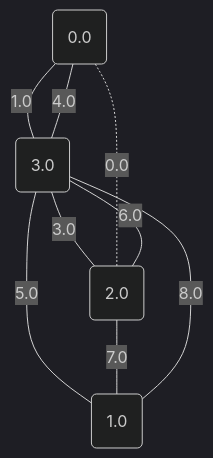
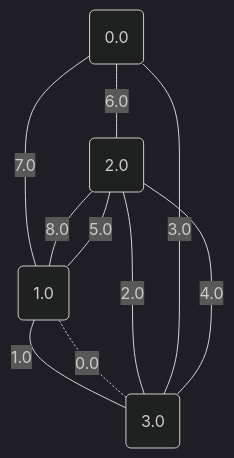
Diagram 14 of 17 in project/src/testing/minCutPetersen.md (metury/graphs), drawn with Mermaid (dark theme) before and after one commit. The commit also changed other lines of this file and 27 other files, not shown here.

````diff
--- a/project/src/testing/minCutPetersen.md
+++ b/project/src/testing/minCutPetersen.md
@@ -356,15 +356,16 @@
 ```mermaid
 graph TD;
 0("0.0");
 1("1.0");
 2("2.0");
 3("3.0");
-	2 -. "0.0" -.- 0;
-	0 -- "1.0" --- 3;
-	3 -- "3.0" --- 2;
-	0 -- "4.0" --- 3;
-	3 -- "5.0" --- 1;
-	2 -- "6.0" --- 3;
-	2 -- "7.0" --- 1;
-	3 -- "8.0" --- 1;
+	3 -. "0.0" -.- 1;
+	1 -- "1.0" --- 3;
+	3 -- "2.0" --- 2;
+	3 -- "3.0" --- 0;
+	3 -- "4.0" --- 2;
+	1 -- "5.0" --- 2;
+	0 -- "6.0" --- 2;
+	0 -- "7.0" --- 1;
+	2 -- "8.0" --- 1;
 ```
````
